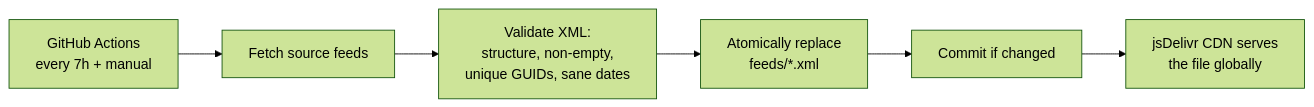
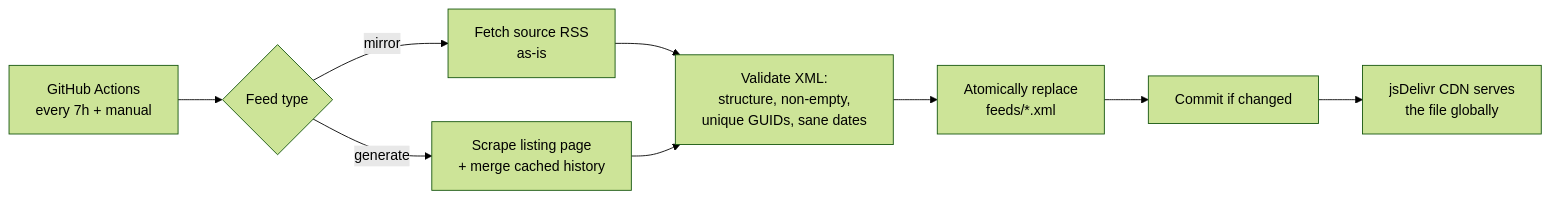
The diagram in README.md (unclemicdo/rss-mirror-feeds), drawn with Mermaid (forest theme) before and after one commit. The commit also changed other lines of this file and 20 other files, not shown here.

Commit message:
Add generate pipeline: scrape anthropic.com listing pages into RSS; registry-driven dispatcher

````diff
--- a/README.md
+++ b/README.md
@@ -24,8 +25,11 @@
 ```mermaid
 flowchart LR
-    A["GitHub Actions<br/>every 7h + manual"] --> B["Fetch source feeds"]
-    B --> C["Validate XML:<br/>structure, non-empty,<br/>unique GUIDs, sane dates"]
-    C --> D["Atomically replace<br/>feeds/*.xml"]
-    D --> E["Commit if changed"]
-    E --> F["jsDelivr CDN serves<br/>the file globally"]
+    A["GitHub Actions<br/>every 7h + manual"] --> B{"Feed type"}
+    B -->|mirror| C["Fetch source RSS<br/>as-is"]
+    B -->|generate| D["Scrape listing page<br/>+ merge cached history"]
+    C --> E["Validate XML:<br/>structure, non-empty,<br/>unique GUIDs, sane dates"]
+    D --> E
+    E --> F["Atomically replace<br/>feeds/*.xml"]
+    F --> G["Commit if changed"]
+    G --> H["jsDelivr CDN serves<br/>the file globally"]
 ```
````
